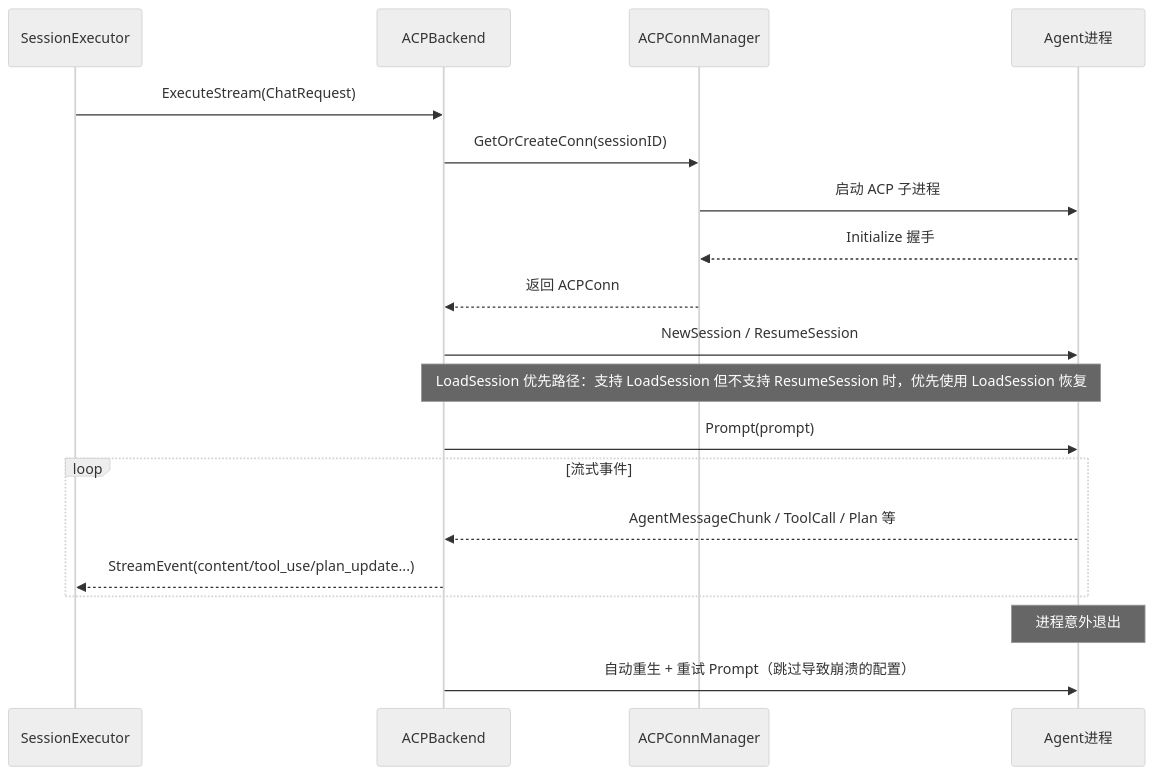
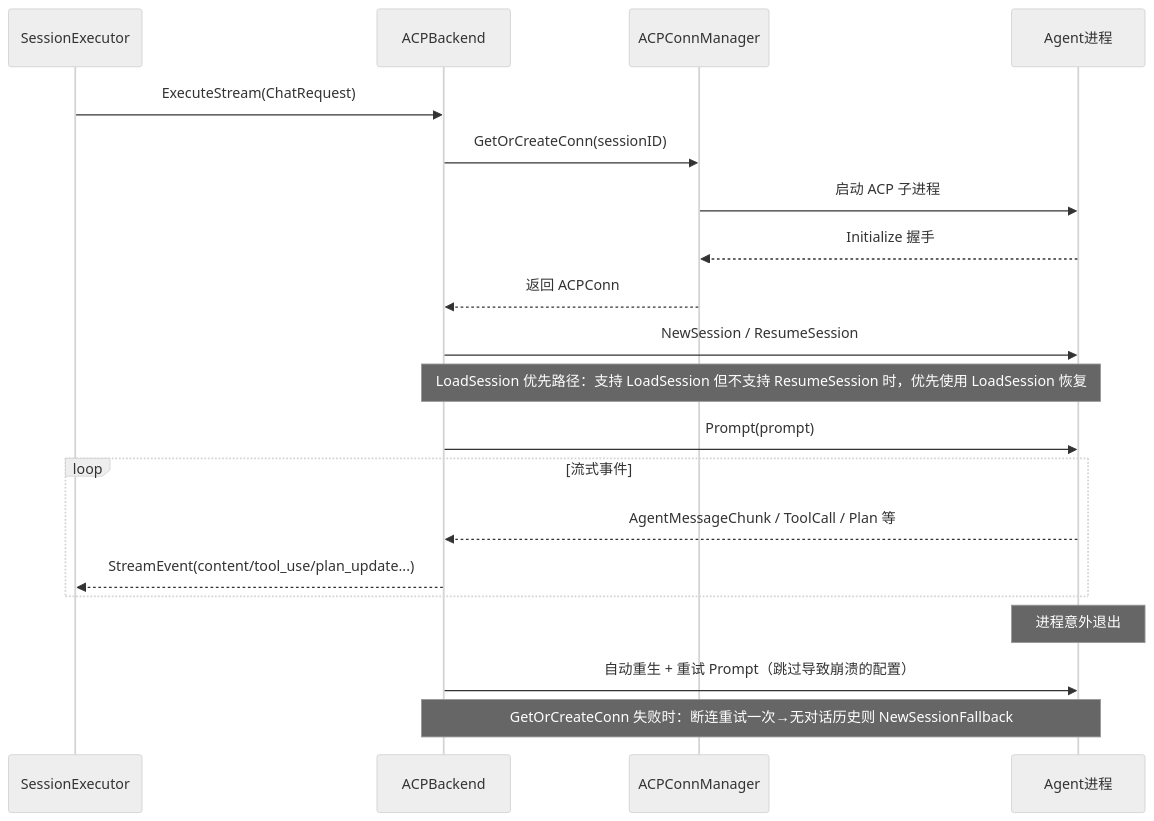
The second of 3 diagrams in docs/spec/core/ai-backend.md (0REZ/clawbench), drawn with Mermaid (neutral theme) before and after one commit. The commit also changed other lines of this file and 47 other files, not shown here.

````diff
--- a/docs/spec/core/ai-backend.md
+++ b/docs/spec/core/ai-backend.md
@@ -27,22 +27,23 @@
 ```mermaid
 sequenceDiagram
     participant SessionExecutor
     participant ACPBackend
     participant ACPConnManager
     participant Agent进程
 
     SessionExecutor->>ACPBackend: ExecuteStream(ChatRequest)
     ACPBackend->>ACPConnManager: GetOrCreateConn(sessionID)
     ACPConnManager->>Agent进程: 启动 ACP 子进程
     Agent进程-->>ACPConnManager: Initialize 握手
     ACPConnManager-->>ACPBackend: 返回 ACPConn
     ACPBackend->>Agent进程: NewSession / ResumeSession
     Note over ACPBackend,Agent进程: LoadSession 优先路径：支持 LoadSession 但不支持 ResumeSession 时，优先使用 LoadSession 恢复
     ACPBackend->>Agent进程: Prompt(prompt)
     loop 流式事件
         Agent进程-->>ACPBackend: AgentMessageChunk / ToolCall / Plan 等
         ACPBackend-->>SessionExecutor: StreamEvent(content/tool_use/plan_update...)
     end
     Note over Agent进程: 进程意外退出
     ACPBackend->>Agent进程: 自动重生 + 重试 Prompt（跳过导致崩溃的配置）
+    Note over ACPBackend,Agent进程: GetOrCreateConn 失败时：断连重试一次→无对话历史则 NewSessionFallback
 ```
````
